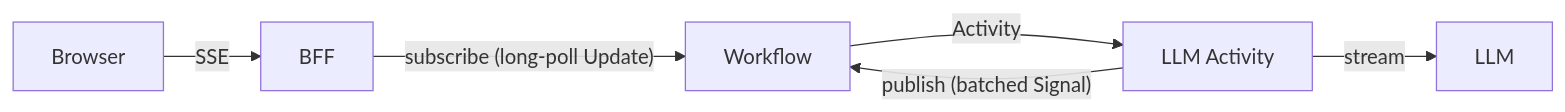
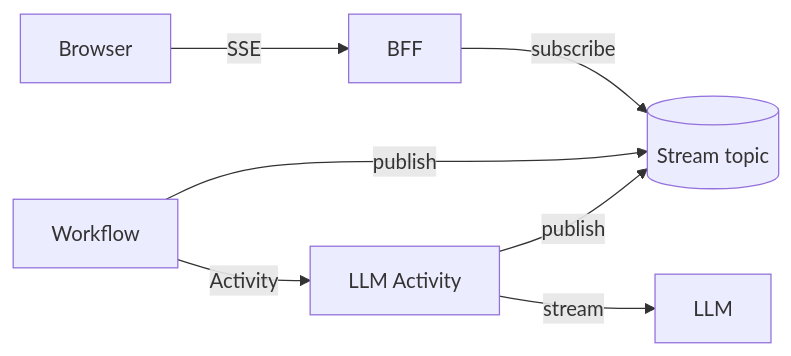
The second of 4 diagrams in README.md (jssmith/temporal-streaming-agents-samples), drawn with Mermaid before and after one commit. The commit also changed other lines of this file and 99 other files, not shown here.

````diff
--- a/README.md
+++ b/README.md
@@ -62,8 +62,9 @@
 ```mermaid
 flowchart LR
     B[Browser] -->|SSE| BFF[BFF]
-    BFF -->|"subscribe (long-poll Update)"| W[Workflow]
-    W -->|Activity| Y[LLM Activity]
-    Y -->|"publish (batched Signal)"| W
+    BFF -->|"subscribe"| Topic[(Stream topic)]
+    Y[LLM Activity] -->|"publish"| Topic
+    W[Workflow] -->|"publish"| Topic
+    W -->|Activity| Y
     Y -->|stream| LLM[LLM]
 ```
````
